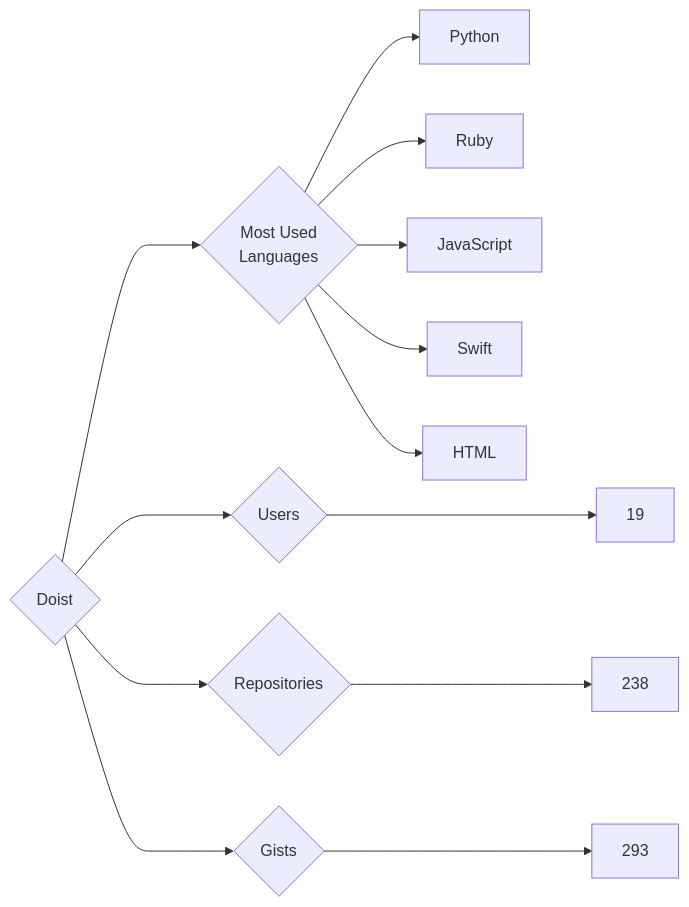
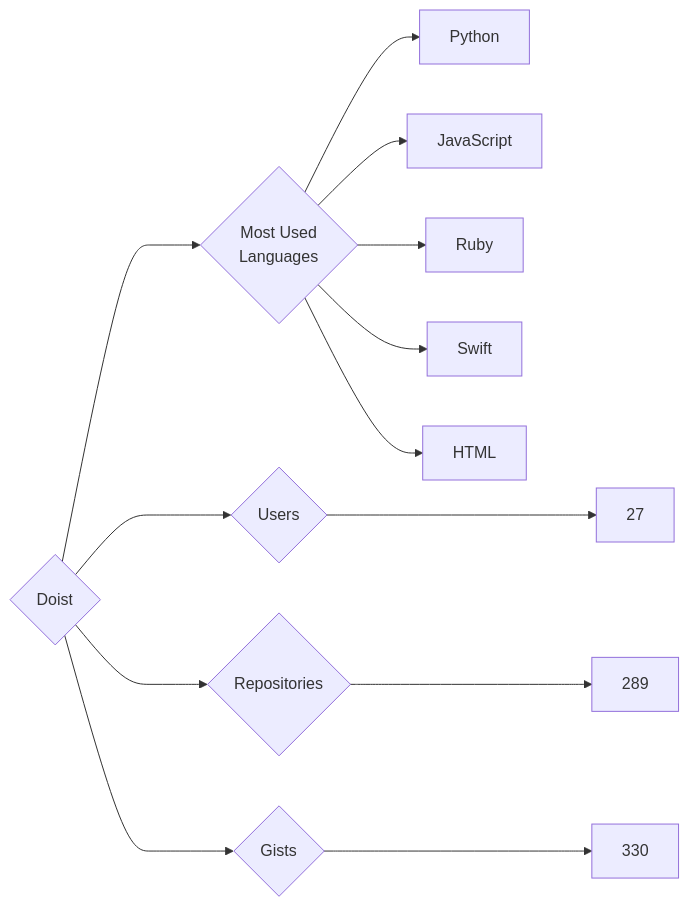
The diagram in targets/Doist/README.md (trickest/insiders), drawn with Mermaid before and after one commit. The commit also changed 715 other files, not shown here.

````diff
--- a/targets/Doist/README.md
+++ b/targets/Doist/README.md
@@ -3,13 +3,13 @@
 ```mermaid
 graph LR
 COMPANY_NAME{Doist}
-COMPANY_NAME ---> U{Users} ---> UN[19]
-COMPANY_NAME ---> R{Repositories} ---> RN[238]
-COMPANY_NAME ---> G{Gists} ---> GN[293]
+COMPANY_NAME ---> U{Users} ---> UN[27]
+COMPANY_NAME ---> R{Repositories} ---> RN[289]
+COMPANY_NAME ---> G{Gists} ---> GN[330]
 COMPANY_NAME ---> ML{Most Used<br>Languages}
 ML --> Python[Python]
+ML --> JavaScript[JavaScript]
 ML --> Ruby[Ruby]
-ML --> JavaScript[JavaScript]
 ML --> Swift[Swift]
 ML --> HTML[HTML]
 ```
````
